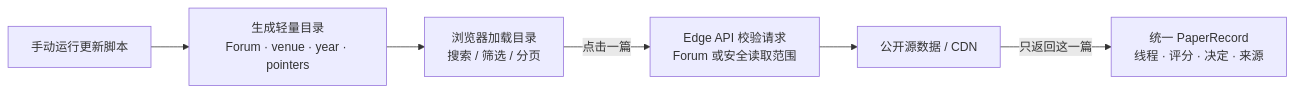
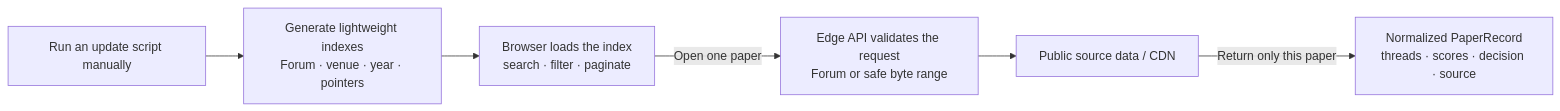
The second of 2 diagrams in README.md (Functionhx/rebuttal-reader), drawn with Mermaid before and after one commit. The commit also changed other lines of this file and 11 other files, not shown here.

````diff
--- a/README.md
+++ b/README.md
@@ -125,8 +164,8 @@
 ```mermaid
 flowchart LR
-    A["手动运行更新脚本"] --> B["生成轻量目录<br/>Forum · venue · year · pointers"]
-    B --> C["浏览器加载目录<br/>搜索 / 筛选 / 分页"]
-    C -->|"点击一篇"| D["Edge API 校验请求<br/>Forum 或安全读取范围"]
-    D --> E["公开源数据 / CDN"]
-    E -->|"只返回这一篇"| F["统一 PaperRecord<br/>线程 · 评分 · 决定 · 来源"]
+    A["Run an update script manually"] --> B["Generate lightweight indexes<br/>Forum · venue · year · pointers"]
+    B --> C["Browser loads the index<br/>search · filter · paginate"]
+    C -->|"Open one paper"| D["Edge API validates the request<br/>Forum or safe byte range"]
+    D --> E["Public source data / CDN"]
+    E -->|"Return only this paper"| F["Normalized PaperRecord<br/>threads · scores · decision · source"]
 ```
````
